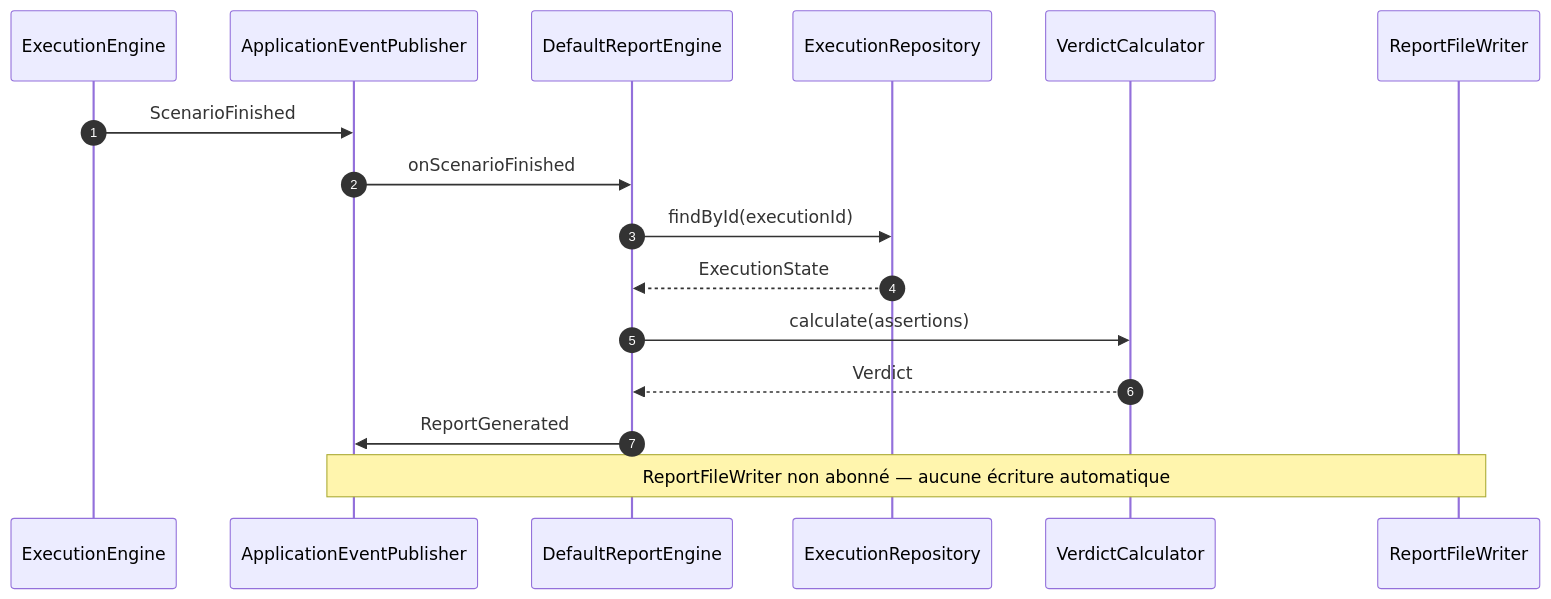
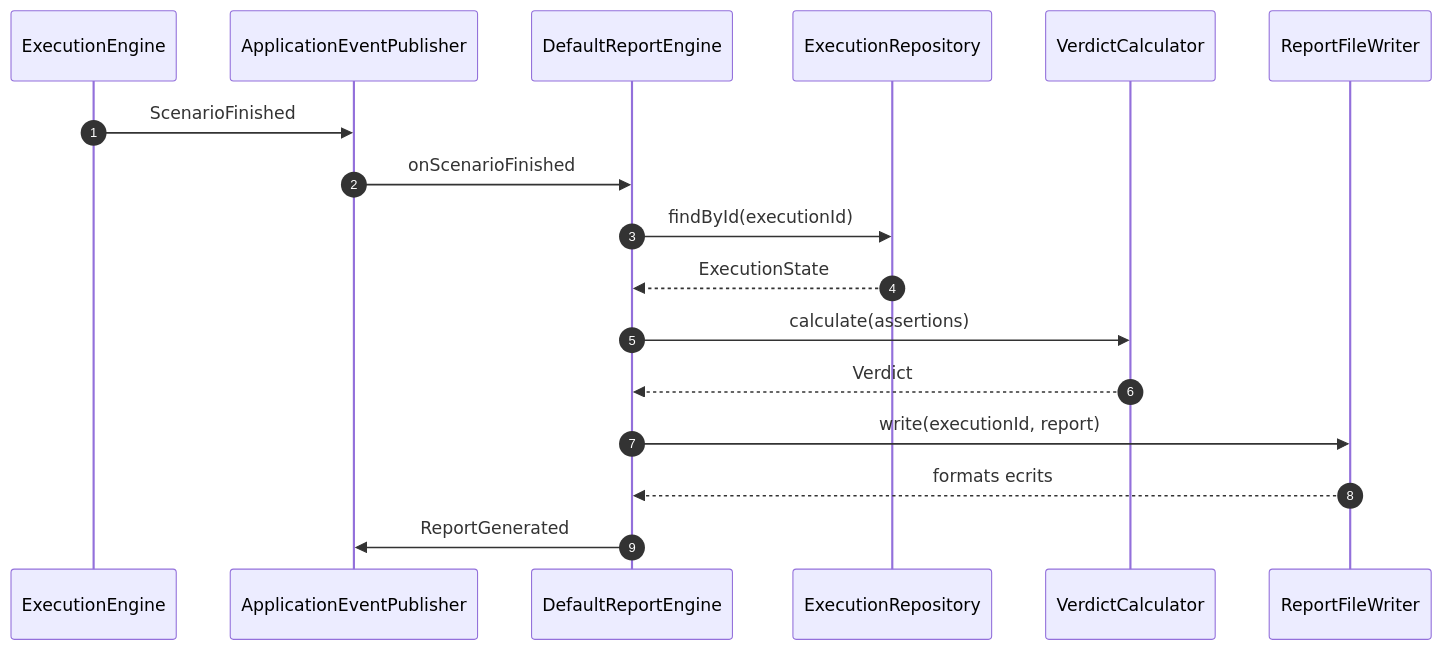
The second of 2 diagrams in .claude/knowledge/specs/08-report-engine.md (DIFRIN/performance-platform), drawn with Mermaid before and after one commit. The commit also changed other lines of this file and 184 other files, not shown here.

````diff
--- a/.claude/knowledge/specs/08-report-engine.md
+++ b/.claude/knowledge/specs/08-report-engine.md
@@ -186,19 +215,20 @@
 ```mermaid
 sequenceDiagram
     autonumber
     participant EE as ExecutionEngine
     participant BUS as ApplicationEventPublisher
     participant RE as DefaultReportEngine
     participant R as ExecutionRepository
     participant VC as VerdictCalculator
     participant FW as ReportFileWriter
 
     EE->>BUS: ScenarioFinished
     BUS->>RE: onScenarioFinished
     RE->>R: findById(executionId)
     R-->>RE: ExecutionState
     RE->>VC: calculate(assertions)
     VC-->>RE: Verdict
+    RE->>FW: write(executionId, report)
+    FW-->>RE: formats ecrits
     RE->>BUS: ReportGenerated
-    Note over BUS,FW: ReportFileWriter non abonné — aucune écriture automatique
 ```
````
